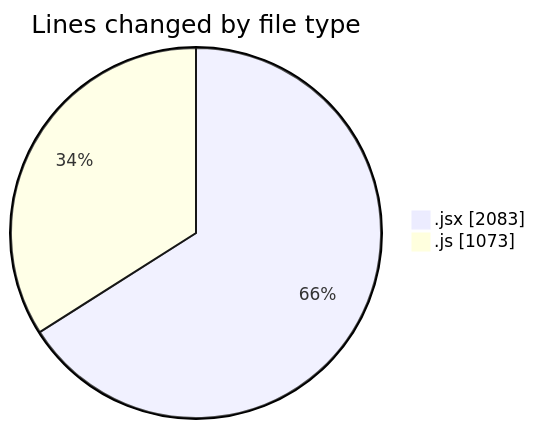
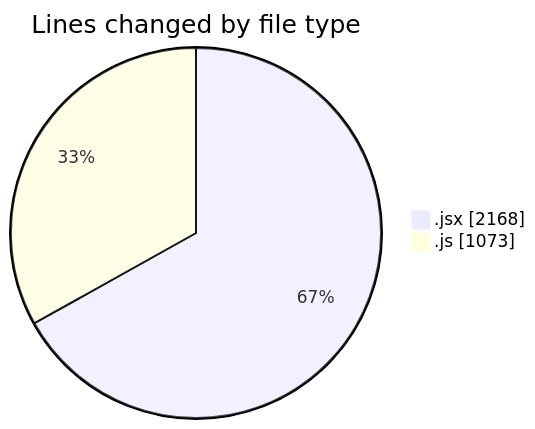
Before and after one commit to nxtqubesakshisongat/code-tracking: the first of 2 diagrams in 2025-06-04/nxtqube_webapp/README.md, drawn with Mermaid. The commit also changed other lines of this file and 1 other file, not shown here.

````diff
--- a/2025-06-04/nxtqube_webapp/README.md
+++ b/2025-06-04/nxtqube_webapp/README.md
@@ -26,6 +27,6 @@
 ```mermaid
 pie showData
 title Lines changed by file type
-".jsx" : 2083
+".jsx" : 2168
 ".js" : 1073
 ```
````
